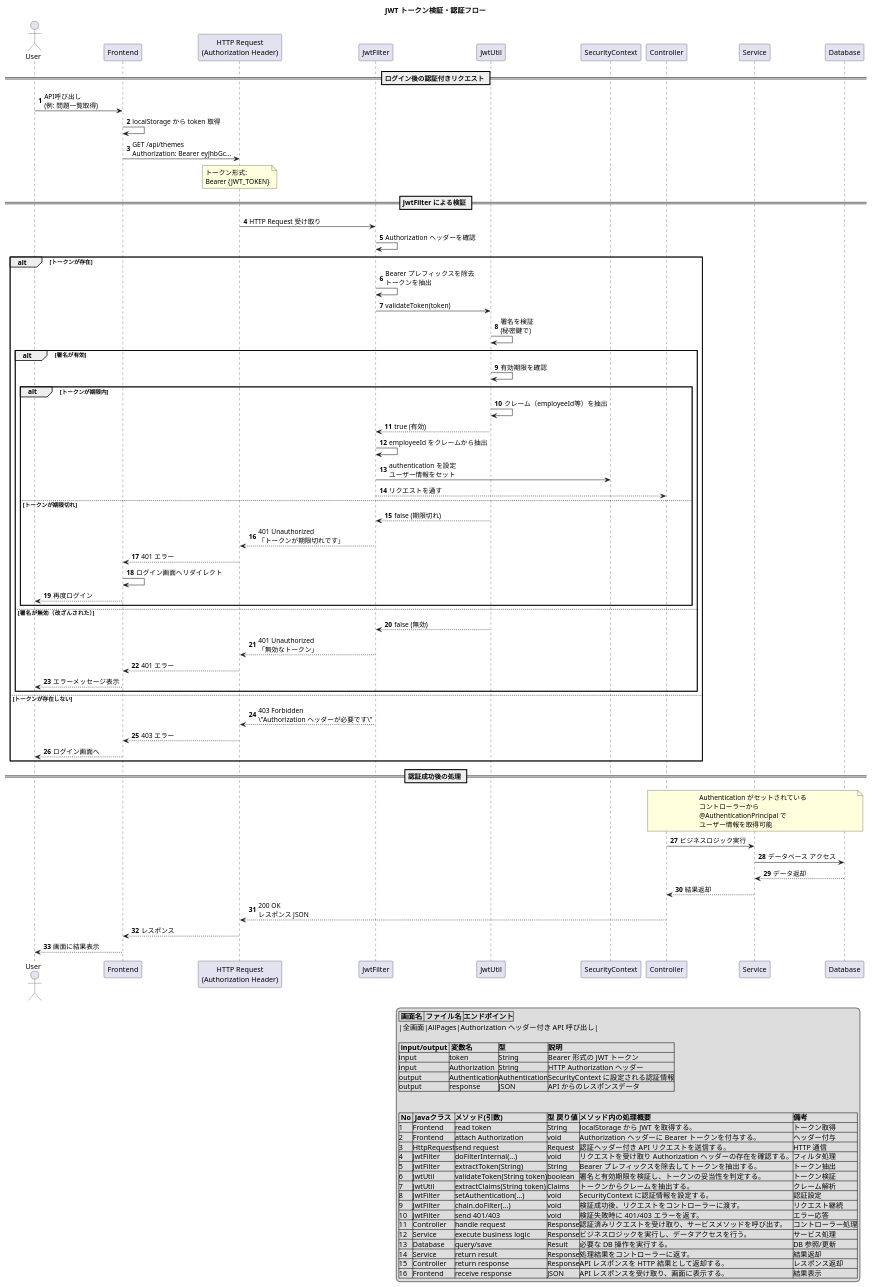
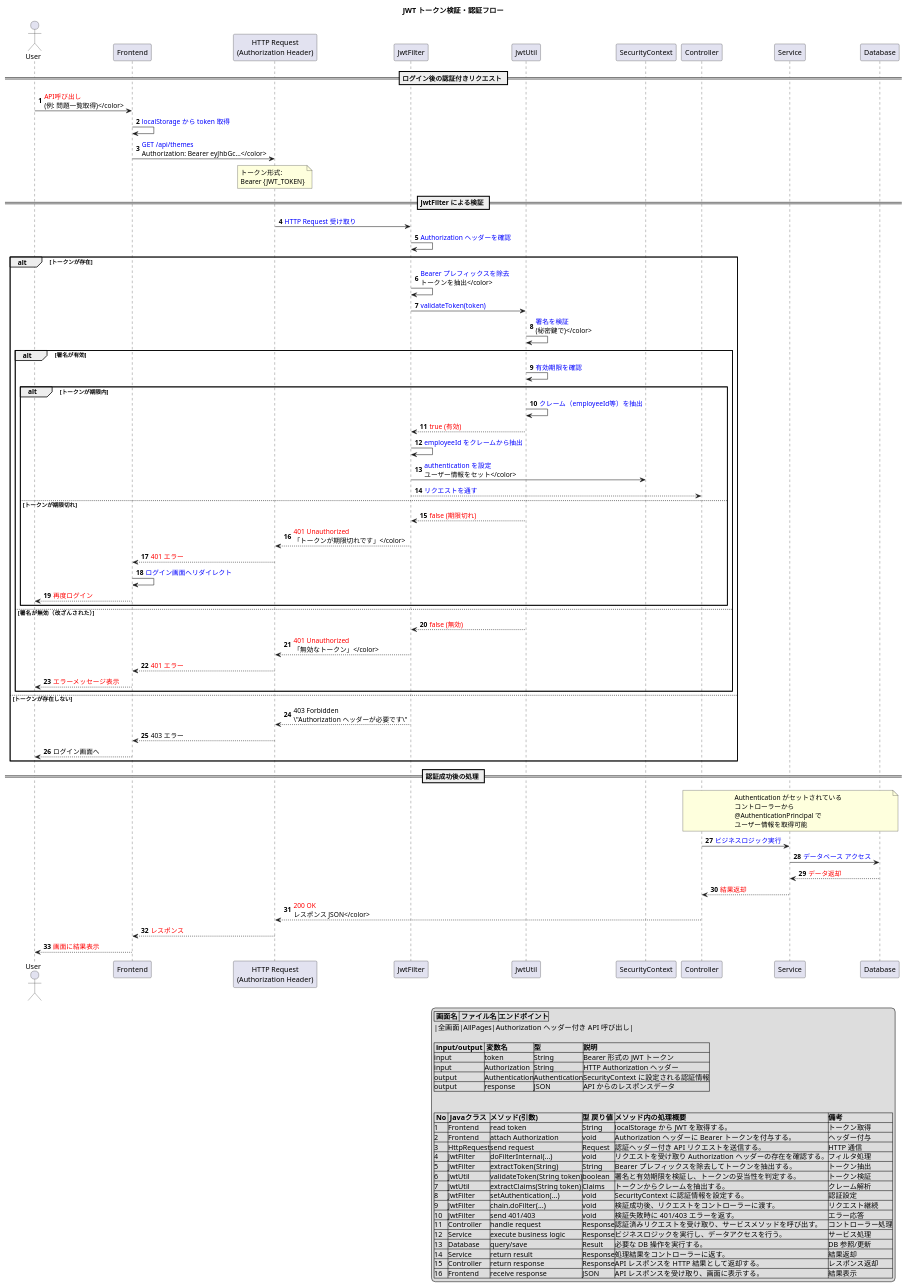
Before and after one commit to MyonsokuI/work_preview_app: the diagram in docs/uml/sequence/sequence-jwt-authentication.puml, drawn with PlantUML. The commit also changed 3 other files, not shown here.

Commit message:
Enhance UML sequence diagrams with color-coded annotations for improved clarity in admin progress check, user journey, JWT authentication, and question-answer flow

```diff
--- a/docs/uml/sequence/sequence-jwt-authentication.puml
+++ b/docs/uml/sequence/sequence-jwt-authentication.puml
@@ -1,125 +1,125 @@
 @startuml JWT認証フロー
 autonumber
 title JWT トークン検証・認証フロー
 
 actor User as user
 participant "Frontend" as frontend
 participant "HTTP Request\n(Authorization Header)" as http
 participant "JwtFilter" as filter
 participant "JwtUtil" as jwtUtil
 participant "SecurityContext" as secContext
 participant "Controller" as controller
 participant "Service" as service
 participant "Database" as db
 
 == ログイン後の認証付きリクエスト ==
-user -> frontend: API呼び出し\n(例: 問題一覧取得)
+user -> frontend: <color:red>API呼び出し\n(例: 問題一覧取得)</color>
 
-frontend -> frontend: localStorage から token 取得
-frontend -> http: GET /api/themes\nAuthorization: Bearer eyJhbGc...
+frontend -> frontend: <color:blue>localStorage から token 取得</color>
+frontend -> http: <color:blue>GET /api/themes\nAuthorization: Bearer eyJhbGc...</color>
 
 note over http
     トークン形式:
     Bearer {JWT_TOKEN}
 end note
 
 == JwtFilter による検証 ==
-http -> filter: HTTP Request 受け取り
-filter -> filter: Authorization ヘッダーを確認
+http -> filter: <color:blue>HTTP Request 受け取り</color>
+filter -> filter: <color:blue>Authorization ヘッダーを確認</color>
 
 alt トークンが存在
-    filter -> filter: Bearer プレフィックスを除去\nトークンを抽出
+    filter -> filter: <color:blue>Bearer プレフィックスを除去\nトークンを抽出</color>
     
-    filter -> jwtUtil: validateToken(token)
+    filter -> jwtUtil: <color:blue>validateToken(token)</color>
     
-    jwtUtil -> jwtUtil: 署名を検証\n(秘密鍵で)
+    jwtUtil -> jwtUtil: <color:blue>署名を検証\n(秘密鍵で)</color>
     
     alt 署名が有効
-        jwtUtil -> jwtUtil: 有効期限を確認
+        jwtUtil -> jwtUtil: <color:blue>有効期限を確認</color>
         
         alt トークンが期限内
-            jwtUtil -> jwtUtil: クレーム（employeeId等）を抽出
-            jwtUtil --> filter: true (有効)
+            jwtUtil -> jwtUtil: <color:blue>クレーム（employeeId等）を抽出</color>
+            jwtUtil --> filter: <color:red>true (有効)</color>
             
-            filter -> filter: employeeId をクレームから抽出
-            filter -> secContext: authentication を設定\nユーザー情報をセット
+            filter -> filter: <color:blue>employeeId をクレームから抽出</color>
+            filter -> secContext: <color:blue>authentication を設定\nユーザー情報をセット</color>
             
-            filter --> controller: リクエストを通す
+            filter --> controller: <color:blue>リクエストを通す</color>
             
         else トークンが期限切れ
-            jwtUtil --> filter: false (期限切れ)
-            filter --> http: 401 Unauthorized\n「トークンが期限切れです」
-            http --> frontend: 401 エラー
-            frontend -> frontend: ログイン画面へリダイレクト
-            frontend --> user: 再度ログイン
+            jwtUtil --> filter: <color:red>false (期限切れ)</color>
+            filter --> http: <color:red>401 Unauthorized\n「トークンが期限切れです」</color>
+            http --> frontend: <color:red>401 エラー</color>
+            frontend -> frontend: <color:blue>ログイン画面へリダイレクト</color>
+            frontend --> user: <color:red>再度ログイン</color>
         end
         
     else 署名が無効（改ざんされた）
-        jwtUtil --> filter: false (無効)
-        filter --> http: 401 Unauthorized\n「無効なトークン」
-        http --> frontend: 401 エラー
-        frontend --> user: エラーメッセージ表示
+        jwtUtil --> filter: <color:red>false (無効)</color>
+        filter --> http: <color:red>401 Unauthorized\n「無効なトークン」</color>
+        http --> frontend: <color:red>401 エラー</color>
+        frontend --> user: <color:red>エラーメッセージ表示</color>
     end
     
 else トークンが存在しない
     filter --> http: 403 Forbidden\n\"Authorization ヘッダーが必要です\"
     http --> frontend: 403 エラー
     frontend --> user: ログイン画面へ
 end
 
 == 認証成功後の処理 ==
 note over controller, db
     Authentication がセットされている
     コントローラーから
     @AuthenticationPrincipal で
     ユーザー情報を取得可能
 end note
 
-controller -> service: ビジネスロジック実行
-service -> db: データベース アクセス
-db --> service: データ返却
-service --> controller: 結果返却
+controller -> service: <color:blue>ビジネスロジック実行</color>
+service -> db: <color:blue>データベース アクセス</color>
+db --> service: <color:red>データ返却</color>
+service --> controller: <color:red>結果返却</color>
 
-controller --> http: 200 OK\nレスポンス JSON
-http --> frontend: レスポンス
-frontend --> user: 画面に結果表示
+controller --> http: <color:red>200 OK\nレスポンス JSON</color>
+http --> frontend: <color:red>レスポンス</color>
+frontend --> user: <color:red>画面に結果表示</color>
 
 '② エンドポイント設計
 legend right
 |= 画面名 |= ファイル名 |=エンドポイント|
 |全画面|AllPages|Authorization ヘッダー付き API 呼び出し| 
 
 '③ インプット・アウトプット
 |= input/output |= 変数名 |=型|=説明|
 |input|token|String|Bearer 形式の JWT トークン|
 |input|Authorization|String|HTTP Authorization ヘッダー|
 |output|Authentication|Authentication|SecurityContext に設定される認証情報|
 |output|response|JSON|API からのレスポンスデータ|
 
 /'
 ④ ①の図の詳細説明表
 - Javaクラス名：メソッドを実装するクラス名を記述する。（クラス図参照）
 - 処理メソッド名：使用するメソッド名を記述する。（クラス図参照）
 - 処理の流れ：メソッド内の処理内容を順番通りに日本語で説明する。図にも入力・出力の変数を示すが、言葉でより詳細に説明する。
 - 備考：（実装のヒントや使用想定の要素技術などを記述する。）'/
 
 |= No |= Javaクラス |=メソッド(引数)|=型 戻り値|=メソッド内の処理概要|=備考|
 |1|Frontend|read token|String|localStorage から JWT を取得する。|トークン取得|
 |2|Frontend|attach Authorization|void|Authorization ヘッダーに Bearer トークンを付与する。|ヘッダー付与|
 |3|HttpRequest|send request|Request|認証ヘッダー付き API リクエストを送信する。|HTTP 通信|
 |4|JwtFilter|doFilterInternal(...)|void|リクエストを受け取り Authorization ヘッダーの存在を確認する。|フィルタ処理|
 |5|JwtFilter|extractToken(String)|String|Bearer プレフィックスを除去してトークンを抽出する。|トークン抽出|
 |6|JwtUtil|validateToken(String token)|boolean|署名と有効期限を検証し、トークンの妥当性を判定する。|トークン検証|
 |7|JwtUtil|extractClaims(String token)|Claims|トークンからクレームを抽出する。|クレーム解析|
 |8|JwtFilter|setAuthentication(...)|void|SecurityContext に認証情報を設定する。|認証設定|
 |9|JwtFilter|chain.doFilter(...)|void|検証成功後、リクエストをコントローラーに渡す。|リクエスト継続|
 |10|JwtFilter|send 401/403|void|検証失敗時に 401/403 エラーを返す。|エラー応答|
 |11|Controller|handle request|Response|認証済みリクエストを受け取り、サービスメソッドを呼び出す。|コントローラー処理|
 |12|Service|execute business logic|Response|ビジネスロジックを実行し、データアクセスを行う。|サービス処理|
 |13|Database|query/save|Result|必要な DB 操作を実行する。|DB 参照/更新|
 |14|Service|return result|Response|処理結果をコントローラーに返す。|結果返却|
 |15|Controller|return response|Response|API レスポンスを HTTP 結果として返却する。|レスポンス返却|
 |16|Frontend|receive response|JSON|API レスポンスを受け取り、画面に表示する。|結果表示|
 endlegend
 
 @enduml
```
